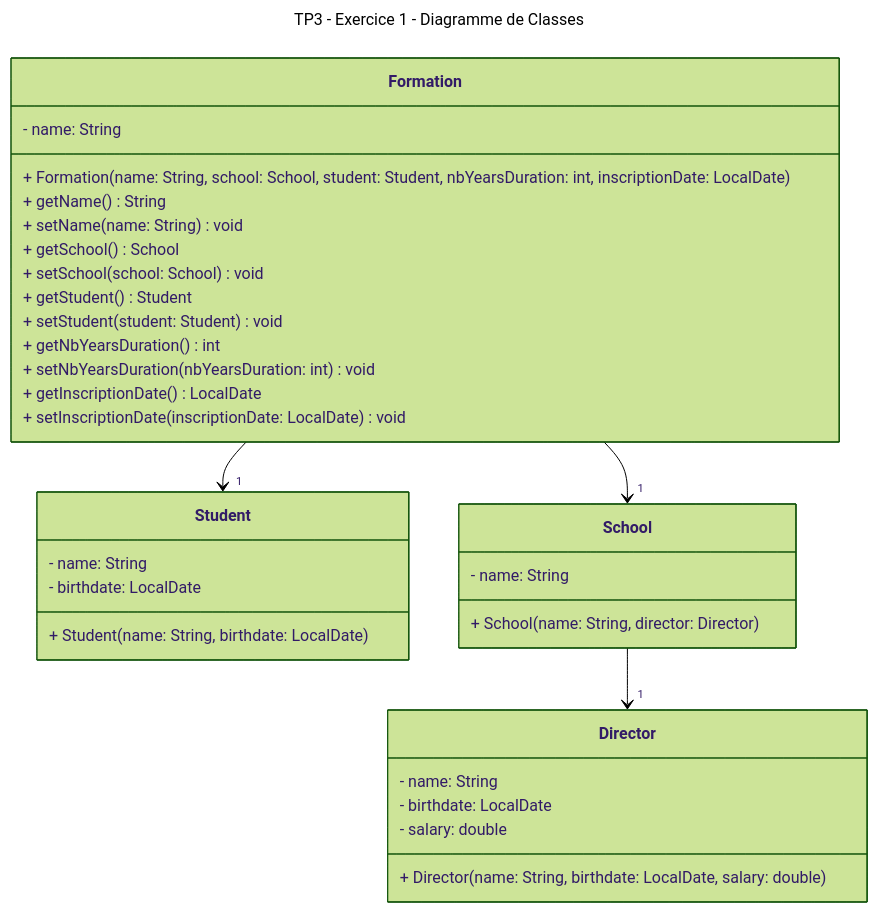
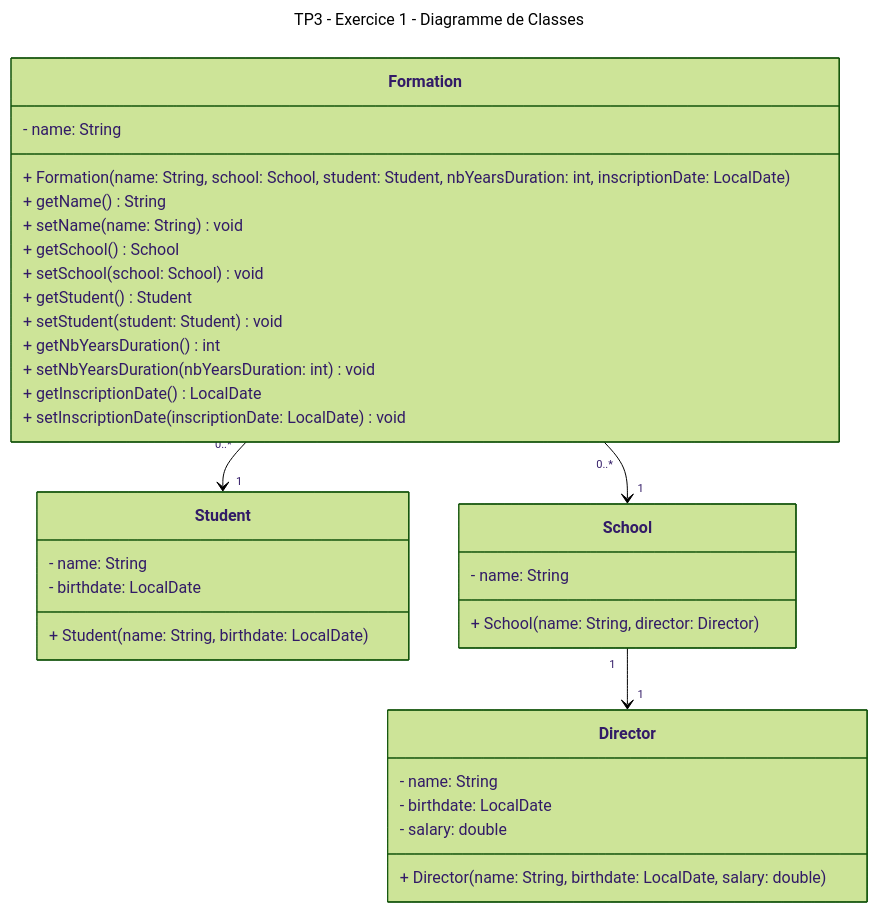
One commit to ECE-Lyon/ing3-tps-java-antoinehintzy changed the diagram in src/TP3/exercice1/README.md. Above: the diagram before and after it, drawn with Mermaid (forest theme). The commit also changed 3 other files, not shown here.

````diff
--- a/src/TP3/exercice1/README.md
+++ b/src/TP3/exercice1/README.md
@@ -5,44 +5,44 @@
 ```mermaid
 ---
 title: TP3 - Exercice 1 - Diagramme de Classes
 ---
 classDiagram
     
     class Director {
         - name: String
         - birthdate: LocalDate
         - salary: double
         + Director(name: String, birthdate: LocalDate, salary: double)
     }
 
     class Student {
         - name: String
         - birthdate: LocalDate
         + Student(name: String, birthdate: LocalDate)
     }
 
     class School {
         - name: String
         + School(name: String, director: Director)
     }
     
-    School --> "1" Director
+    School "1" --> "1" Director
 
     class Formation {
         - name: String
         + Formation(name: String, school: School, student: Student, nbYearsDuration: int, inscriptionDate: LocalDate)
         + getName() String
         + setName(name: String) void
         + getSchool() School
         + setSchool(school: School) void
         + getStudent() Student
         + setStudent(student: Student) void
         + getNbYearsDuration() int
         + setNbYearsDuration(nbYearsDuration: int) void
         + getInscriptionDate() LocalDate
         + setInscriptionDate(inscriptionDate: LocalDate) void
     }
     
-    Formation --> "1" School 
-    Formation --> "1" Student
+    Formation "0..*" --> "1" School 
+    Formation "0..*" --> "1" Student
 ```
````
